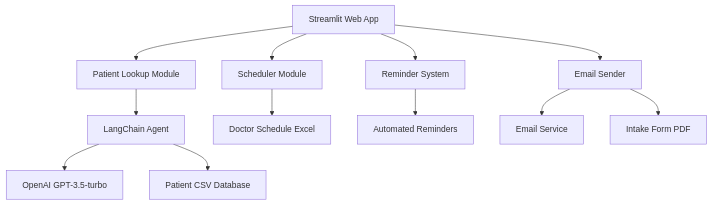
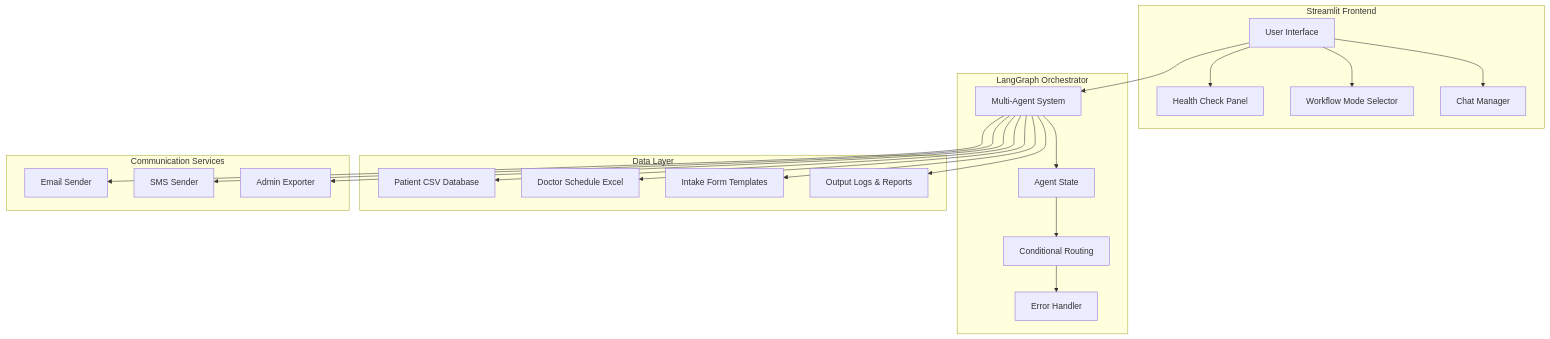
One commit to Kedhareswer/ai-scheduling-agent changed the third of 4 diagrams in README.md. Above: the diagram before and after it, drawn with Mermaid. The commit also changed other lines of this file and 10 other files, not shown here.

````diff
--- a/README.md
+++ b/README.md
@@ -49,16 +174,37 @@
 ```mermaid
 graph TD
-    A[Streamlit Web App] --> B[Patient Lookup Module]
-    A --> C[Scheduler Module]
-    A --> D[Reminder System]
-    A --> E[Email Sender]
-
-    B --> F[LangChain Agent]
-    F --> G[OpenAI GPT-3.5-turbo]
-    F --> H[Patient CSV Database]
-
-    C --> I[Doctor Schedule Excel]
-    D --> J[Automated Reminders]
-    E --> K[Email Service]
-    E --> L[Intake Form PDF]
+    subgraph "Streamlit Frontend"
+        UI[User Interface] --> HC[Health Check Panel]
+        UI --> WM[Workflow Mode Selector]
+        UI --> CM[Chat Manager]
+    end
+    
+    subgraph "LangGraph Orchestrator"
+        LG[Multi-Agent System] --> AS[Agent State]
+        AS --> CR[Conditional Routing]
+        CR --> EH[Error Handler]
+    end
+    
+    subgraph "Data Layer"
+        CSV[Patient CSV Database] 
+        XLSX[Doctor Schedule Excel]
+        PDF[Intake Form Templates]
+        OUT[Output Logs & Reports]
+    end
+    
+    UI --> LG
+    LG --> CSV
+    LG --> XLSX
+    LG --> PDF
+    LG --> OUT
+    
+    subgraph "Communication Services"
+        EMAIL[Email Sender]
+        SMS[SMS Sender]
+        ADMIN[Admin Exporter]
+    end
+    
+    LG --> EMAIL
+    LG --> SMS
+    LG --> ADMIN
 ```
````
